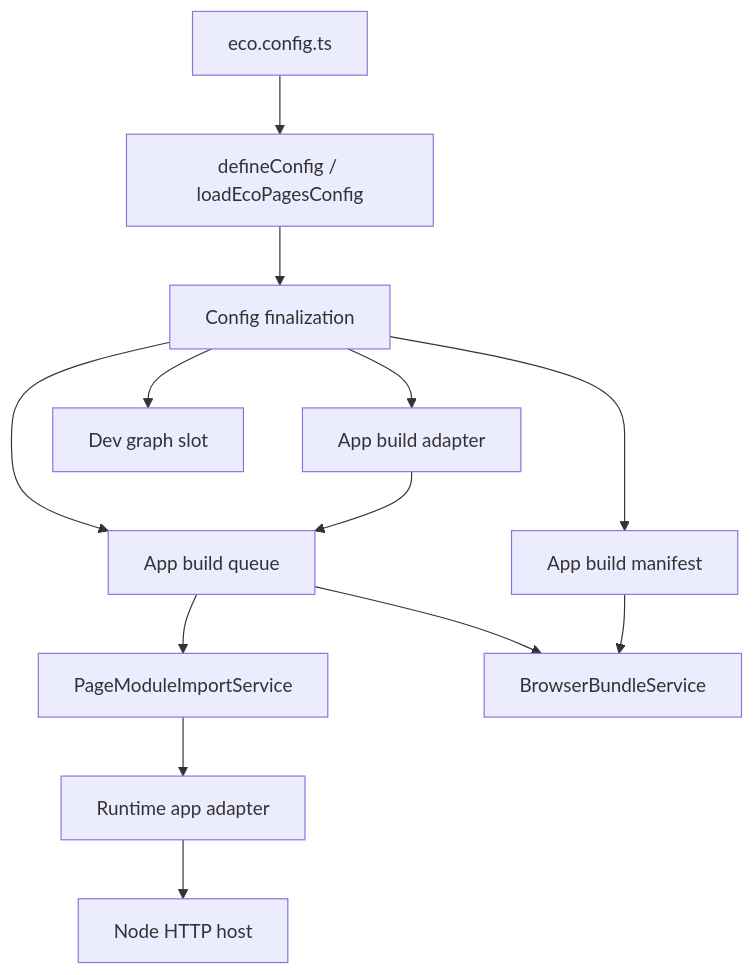
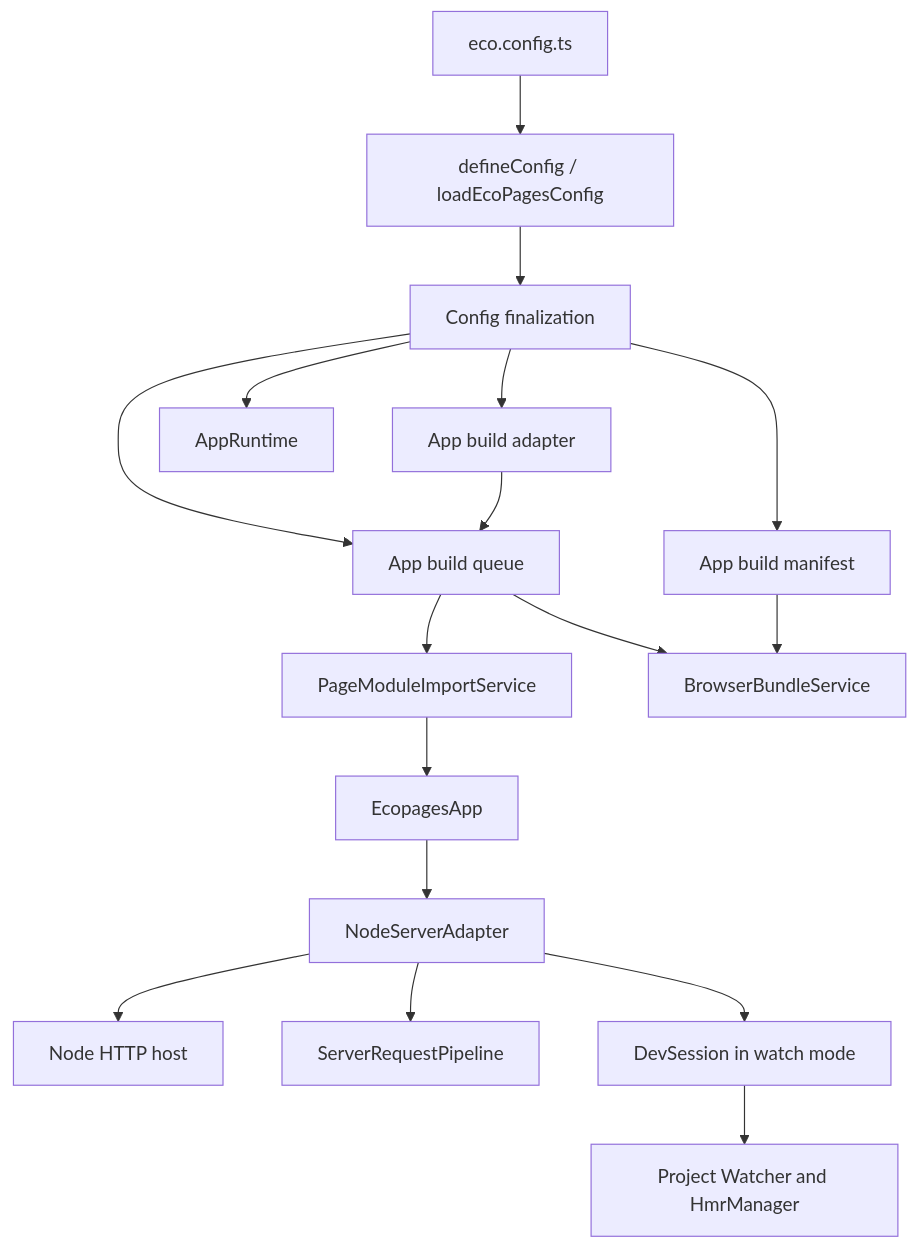
Before and after one commit to ecopages/ecopages: the first of 2 diagrams in packages/core/README.md, drawn with Mermaid. The commit also changed other lines of this file and 49 other files, not shown here.

````diff
--- a/packages/core/README.md
+++ b/packages/core/README.md
@@ -40,15 +41,19 @@
 ```mermaid
 flowchart TD
 	A[eco.config.ts] --> B[defineConfig / loadEcoPagesConfig]
 	B --> C[Config finalization]
 	C --> D[App build adapter]
 	C --> E[App build manifest]
 	C --> F[App build queue]
-	C --> G[Dev graph slot]
+	C --> G[AppRuntime]
 	D --> F
 	F --> I[PageModuleImportService]
 	F --> J[BrowserBundleService]
-	I --> K[Runtime app adapter]
-	K --> L[Node HTTP host]
+	I --> K[EcopagesApp]
+	K --> L[NodeServerAdapter]
+	L --> M[Node HTTP host]
+	L --> N[ServerRequestPipeline]
+	L --> O[DevSession in watch mode]
+	O --> P[Project Watcher and HmrManager]
 	E --> J
 ```
````
